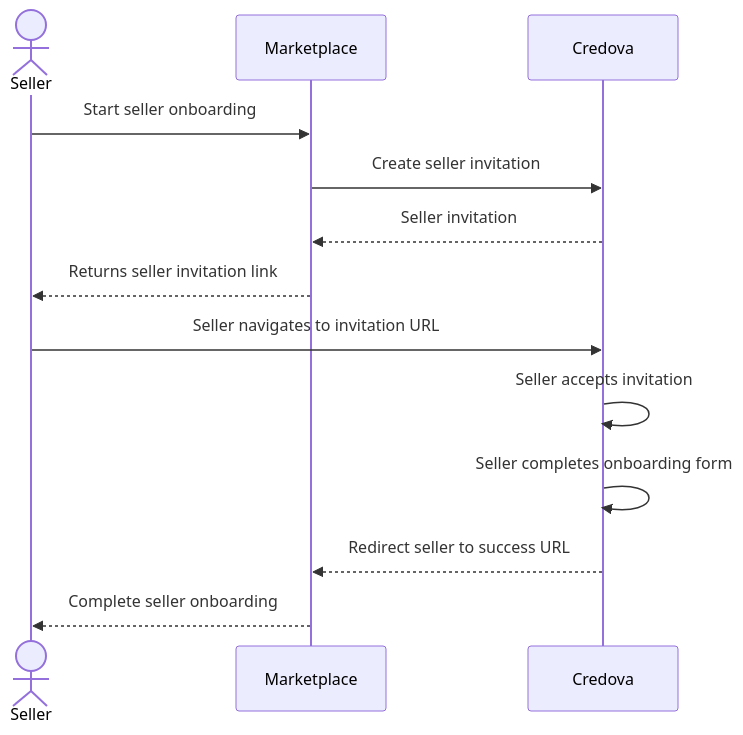
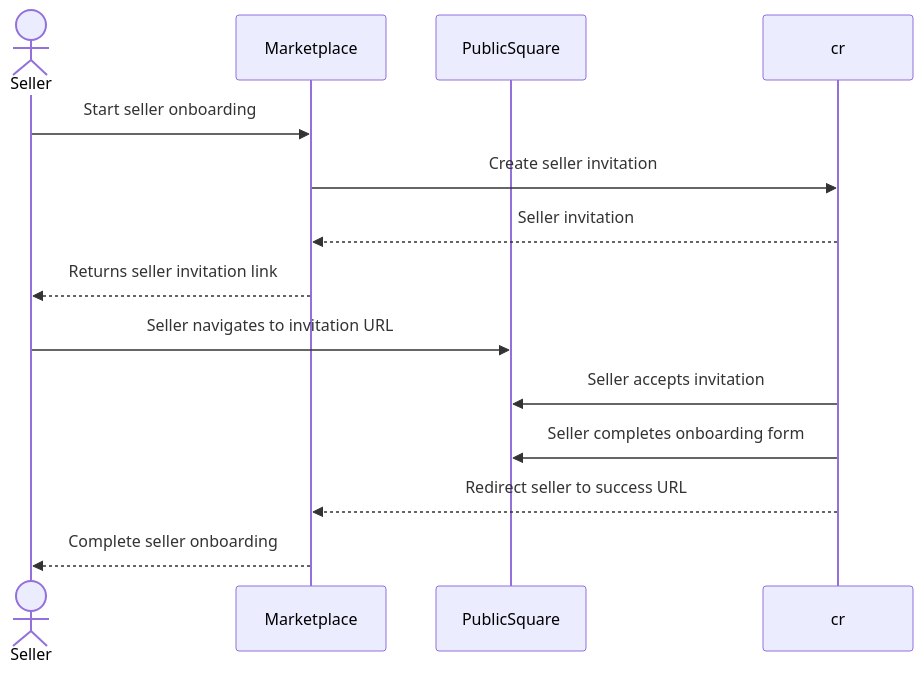
Before and after one commit to publicsq/developers.publicsquare.com: the diagram in docs/guides/marketplaces/onboard-sellers.mdx, drawn with Mermaid. The commit also changed other lines of this file and 39 other files, not shown here.

````diff
--- a/docs/guides/marketplaces/onboard-sellers.mdx
+++ b/docs/guides/marketplaces/onboard-sellers.mdx
@@ -8,17 +8,17 @@
 ```mermaid
 
 sequenceDiagram
 	actor se as Seller
 	participant mk as Marketplace
-	participant cr as Credova
+	participant pq as PublicSquare
 
 	se ->> mk: Start seller onboarding
 	mk ->> cr: Create seller invitation
 	cr -->> mk: Seller invitation
   mk -->> se: Returns seller invitation link
-	se ->> cr: Seller navigates to invitation URL
-  cr ->> cr: Seller accepts invitation
-  cr ->> cr: Seller completes onboarding form
+	se ->> pq: Seller navigates to invitation URL
+  cr ->> pq: Seller accepts invitation
+  cr ->> pq: Seller completes onboarding form
   cr -->> mk: Redirect seller to success URL
   mk -->> se: Complete seller onboarding
 ```
````
